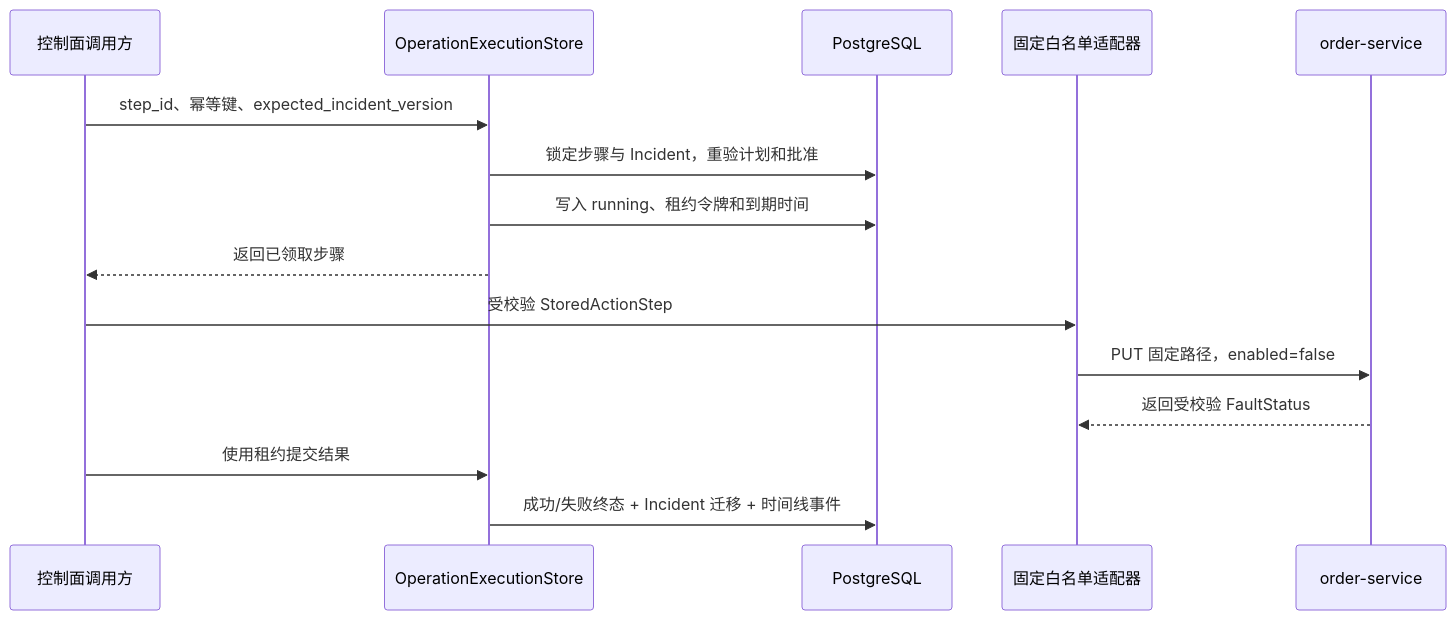
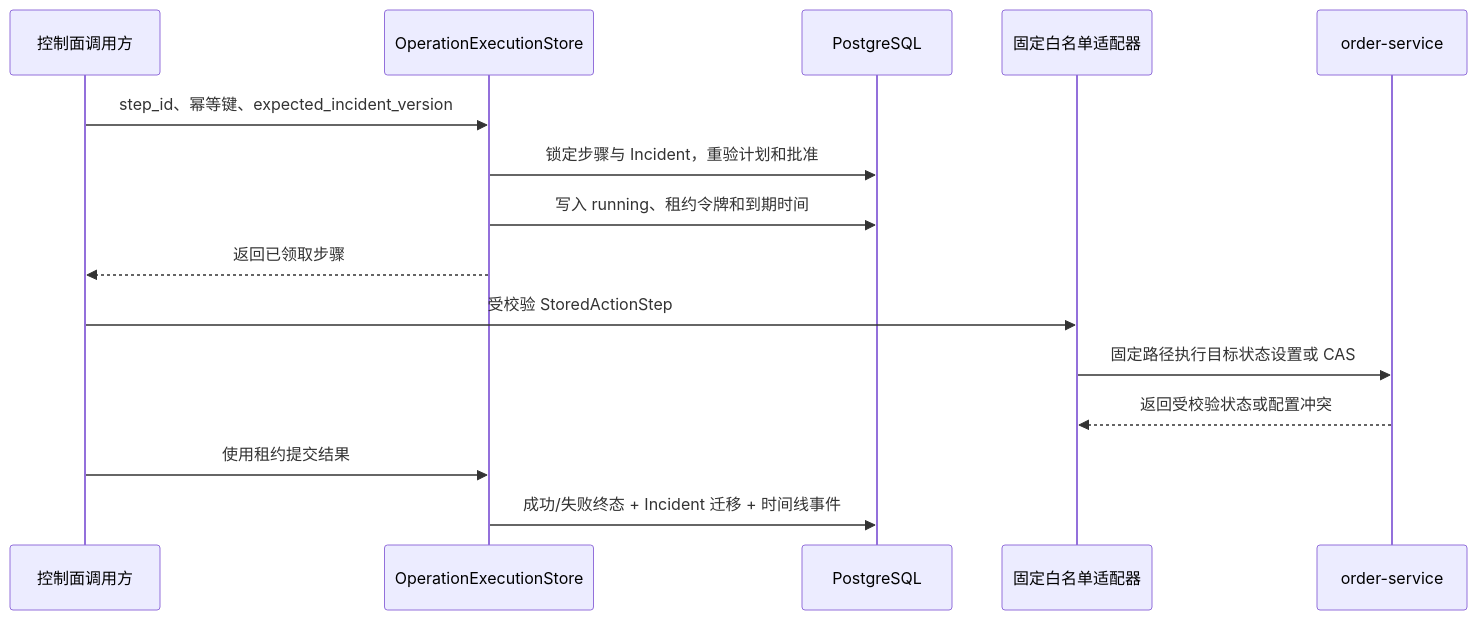
The diagram in docs/architecture/16-deterministic-operation-executor.md (kill-t/ops-swarm), drawn with Mermaid before and after one commit. The commit also changed other lines of this file and 30 other files, not shown here.

````diff
--- a/docs/architecture/16-deterministic-operation-executor.md
+++ b/docs/architecture/16-deterministic-operation-executor.md
@@ -11,18 +11,18 @@
 ```mermaid
 sequenceDiagram
     participant Caller as 控制面调用方
     participant Store as OperationExecutionStore
     participant DB as PostgreSQL
     participant Adapter as 固定白名单适配器
     participant Lab as order-service
 
     Caller->>Store: step_id、幂等键、expected_incident_version
     Store->>DB: 锁定步骤与 Incident，重验计划和批准
     Store->>DB: 写入 running、租约令牌和到期时间
     Store-->>Caller: 返回已领取步骤
     Caller->>Adapter: 受校验 StoredActionStep
-    Adapter->>Lab: PUT 固定路径，enabled=false
-    Lab-->>Adapter: 返回受校验 FaultStatus
+    Adapter->>Lab: 固定路径执行目标状态设置或 CAS
+    Lab-->>Adapter: 返回受校验状态或配置冲突
     Caller->>Store: 使用租约提交结果
     Store->>DB: 成功/失败终态 + Incident 迁移 + 时间线事件
 ```
````
